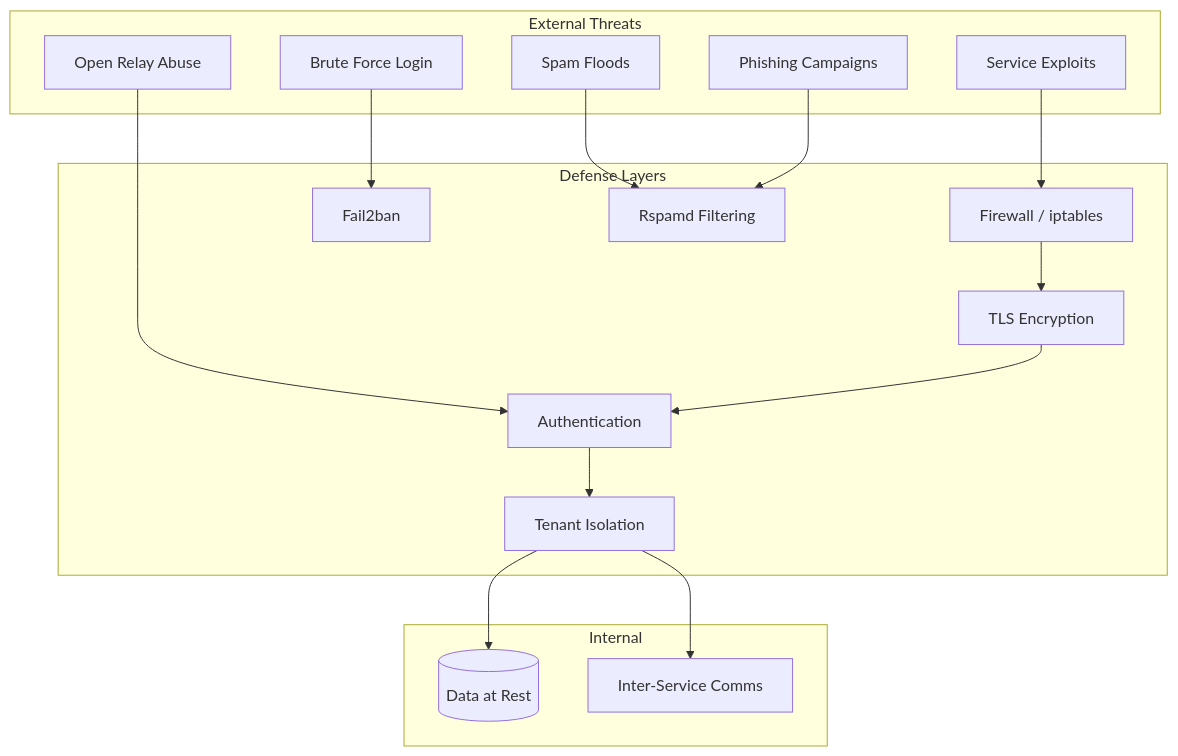
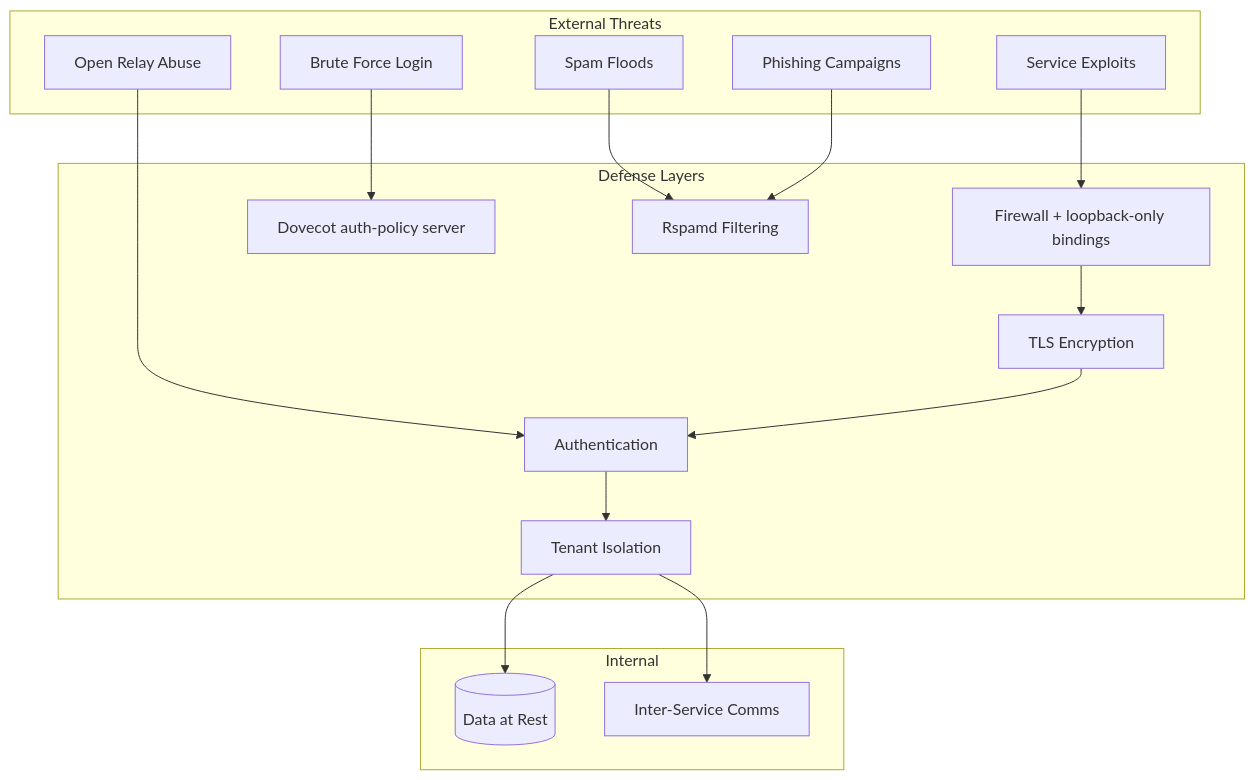
The diagram in docs/security/index.md (Techies-Africa/mailyte-mail-server-community), drawn with Mermaid before and after one commit. The commit also changed other lines of this file and 481 other files, not shown here.

````diff
--- a/docs/security/index.md
+++ b/docs/security/index.md
@@ -96,35 +98,35 @@
 ```mermaid
 graph TB
     subgraph "External Threats"
         SPAM[Spam Floods]
         BRUTE[Brute Force Login]
         EXPLOIT[Service Exploits]
         RELAY[Open Relay Abuse]
         PHISH[Phishing Campaigns]
     end
 
     subgraph "Defense Layers"
-        FW[Firewall / iptables]
-        F2B[Fail2ban]
+        FW[Firewall + loopback-only bindings]
+        AP[Dovecot auth-policy server]
         RSPAMD_D[Rspamd Filtering]
         TLS_D[TLS Encryption]
         AUTH[Authentication]
         ISO[Tenant Isolation]
     end
 
     subgraph "Internal"
         DATA[(Data at Rest)]
         COMMS[Inter-Service Comms]
     end
 
     SPAM --> RSPAMD_D
-    BRUTE --> F2B
+    BRUTE --> AP
     EXPLOIT --> FW
     RELAY --> AUTH
     PHISH --> RSPAMD_D
     FW --> TLS_D
     TLS_D --> AUTH
     AUTH --> ISO
     ISO --> DATA
     ISO --> COMMS
 ```
````
